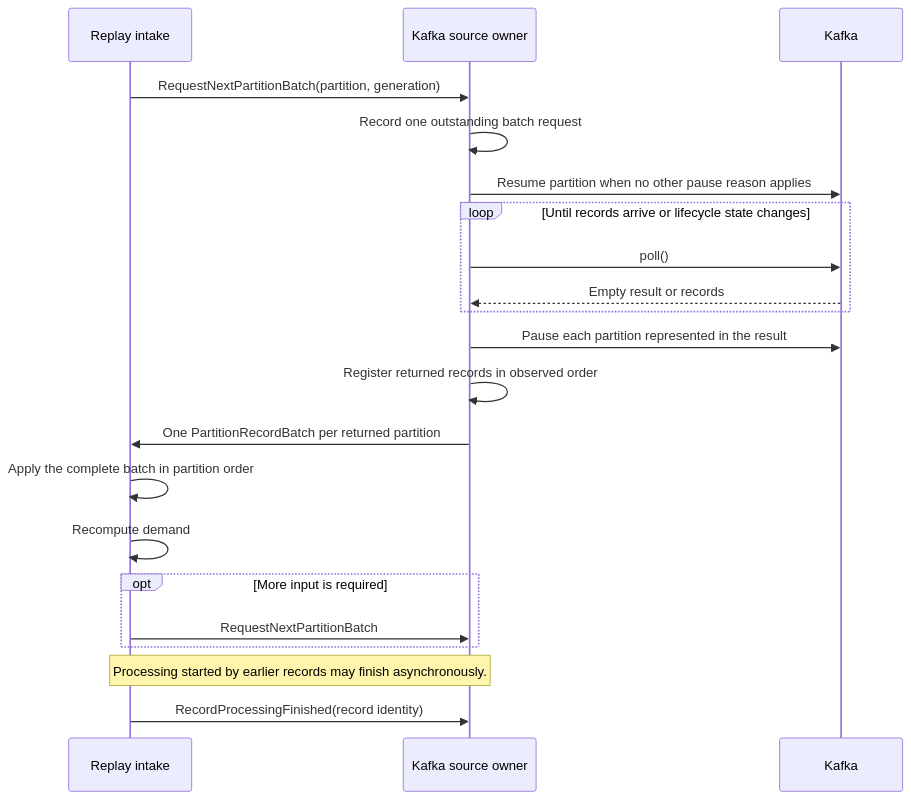
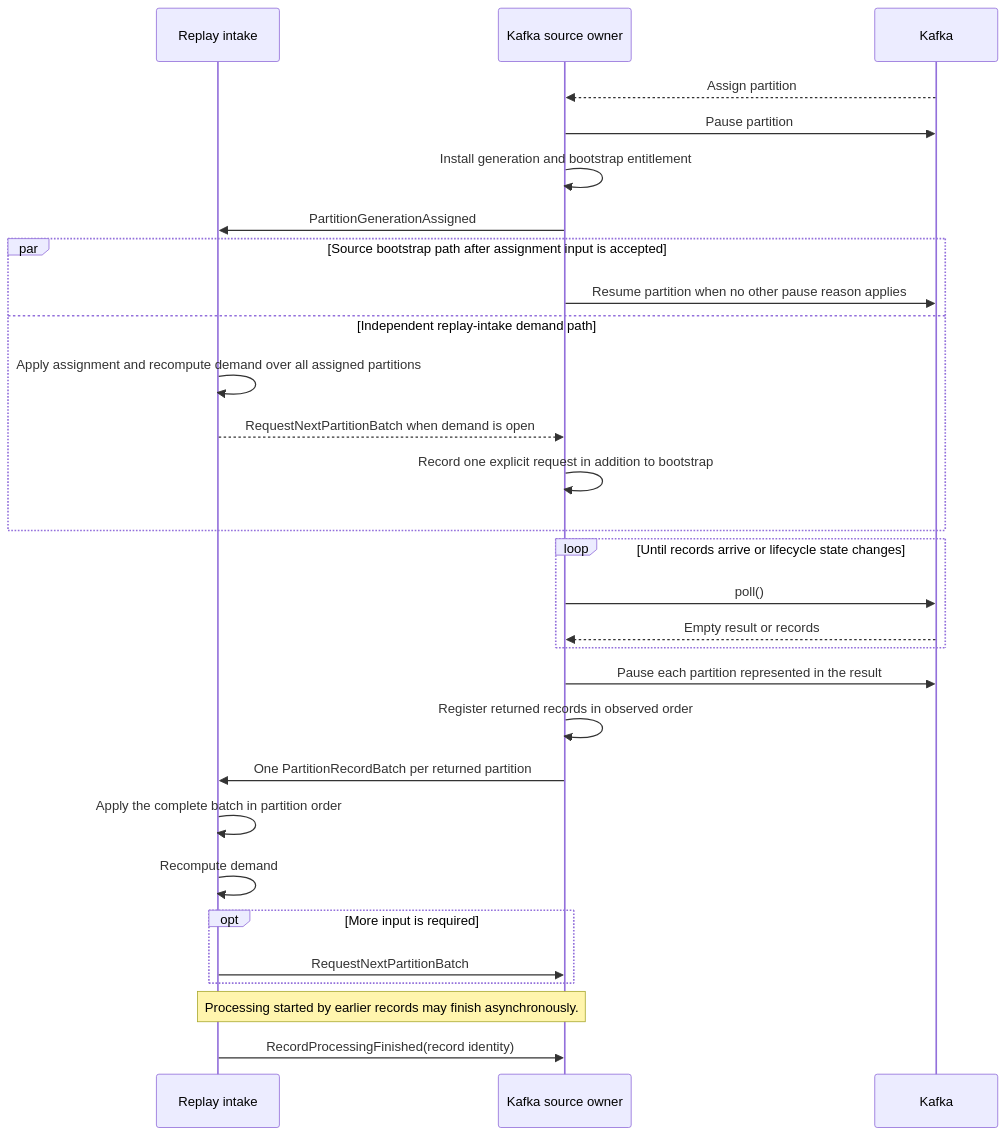
The second of 7 diagrams in docs/captureAndReplay/replayerProcessingAndCommitArchitecture.md (opensearch-project/opensearch-migrations), drawn with Mermaid before and after one commit. The commit also changed other lines of this file and 7 other files, not shown here.

First line of the commit message:
Assignment installs a bootstrap batch entitlement, and demand runs anyway

````diff
--- a/docs/captureAndReplay/replayerProcessingAndCommitArchitecture.md
+++ b/docs/captureAndReplay/replayerProcessingAndCommitArchitecture.md
@@ -539,29 +541,38 @@
 ```mermaid
 sequenceDiagram
     participant Intake as Replay intake
     participant Source as Kafka source owner
     participant Kafka as Kafka
 
-    Intake->>Source: RequestNextPartitionBatch(partition, generation)
-    Source->>Source: Record one outstanding batch request
-    Source->>Kafka: Resume partition when no other pause reason applies
+    Kafka-->>Source: Assign partition
+    Source->>Kafka: Pause partition
+    Source->>Source: Install generation and bootstrap entitlement
+    Source->>Intake: PartitionGenerationAssigned
+
+    par Source bootstrap path after assignment input is accepted
+        Source->>Kafka: Resume partition when no other pause reason applies
+    and Independent replay-intake demand path
+        Intake->>Intake: Apply assignment and recompute demand over all assigned partitions
+        Intake-->>Source: RequestNextPartitionBatch when demand is open
+        Source->>Source: Record one explicit request in addition to bootstrap
+    end
 
     loop Until records arrive or lifecycle state changes
         Source->>Kafka: poll()
         Kafka-->>Source: Empty result or records
     end
 
     Source->>Kafka: Pause each partition represented in the result
     Source->>Source: Register returned records in observed order
     Source->>Intake: One PartitionRecordBatch per returned partition
 
     Intake->>Intake: Apply the complete batch in partition order
     Intake->>Intake: Recompute demand
 
     opt More input is required
         Intake->>Source: RequestNextPartitionBatch
     end
 
     Note over Intake,Source: Processing started by earlier records may finish asynchronously.
     Intake->>Source: RecordProcessingFinished(record identity)
 ```
````
